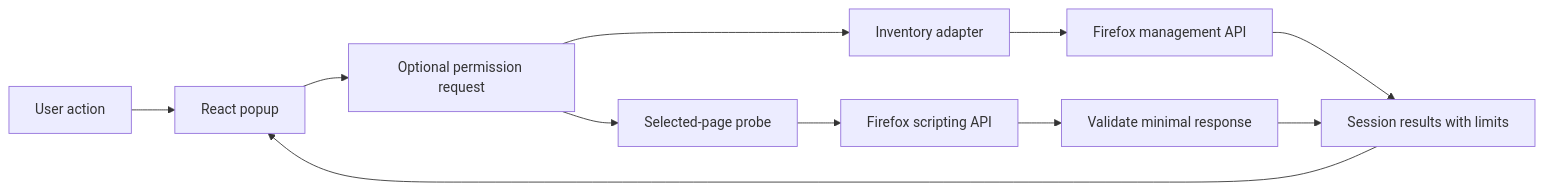
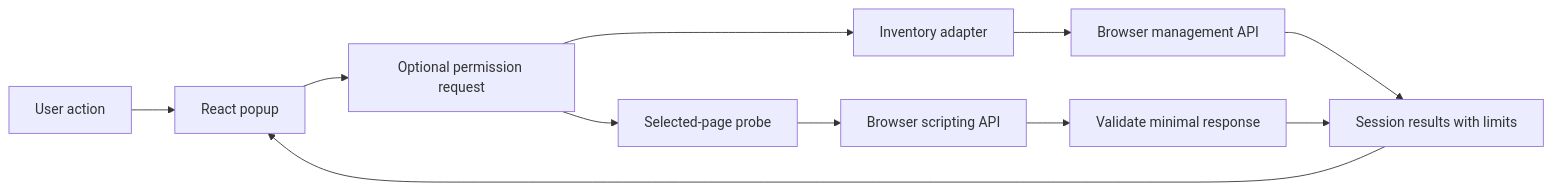
One commit to ranokay/addonray changed the diagram in docs/architecture.md. Above: the diagram before and after it, drawn with Mermaid. The commit also changed other lines of this file and 35 other files, not shown here.

````diff
--- a/docs/architecture.md
+++ b/docs/architecture.md
@@ -7,13 +7,13 @@
 ```mermaid
 flowchart LR
   User[User action] --> UI[React popup]
   UI --> Consent[Optional permission request]
   Consent --> Inventory[Inventory adapter]
   Consent --> Probe[Selected-page probe]
-  Inventory --> Management[Firefox management API]
-  Probe --> Scripting[Firefox scripting API]
+  Inventory --> Management[Browser management API]
+  Probe --> Scripting[Browser scripting API]
   Management --> Results[Session results with limits]
   Scripting --> Validation[Validate minimal response]
   Validation --> Results
   Results --> UI
 ```
````
